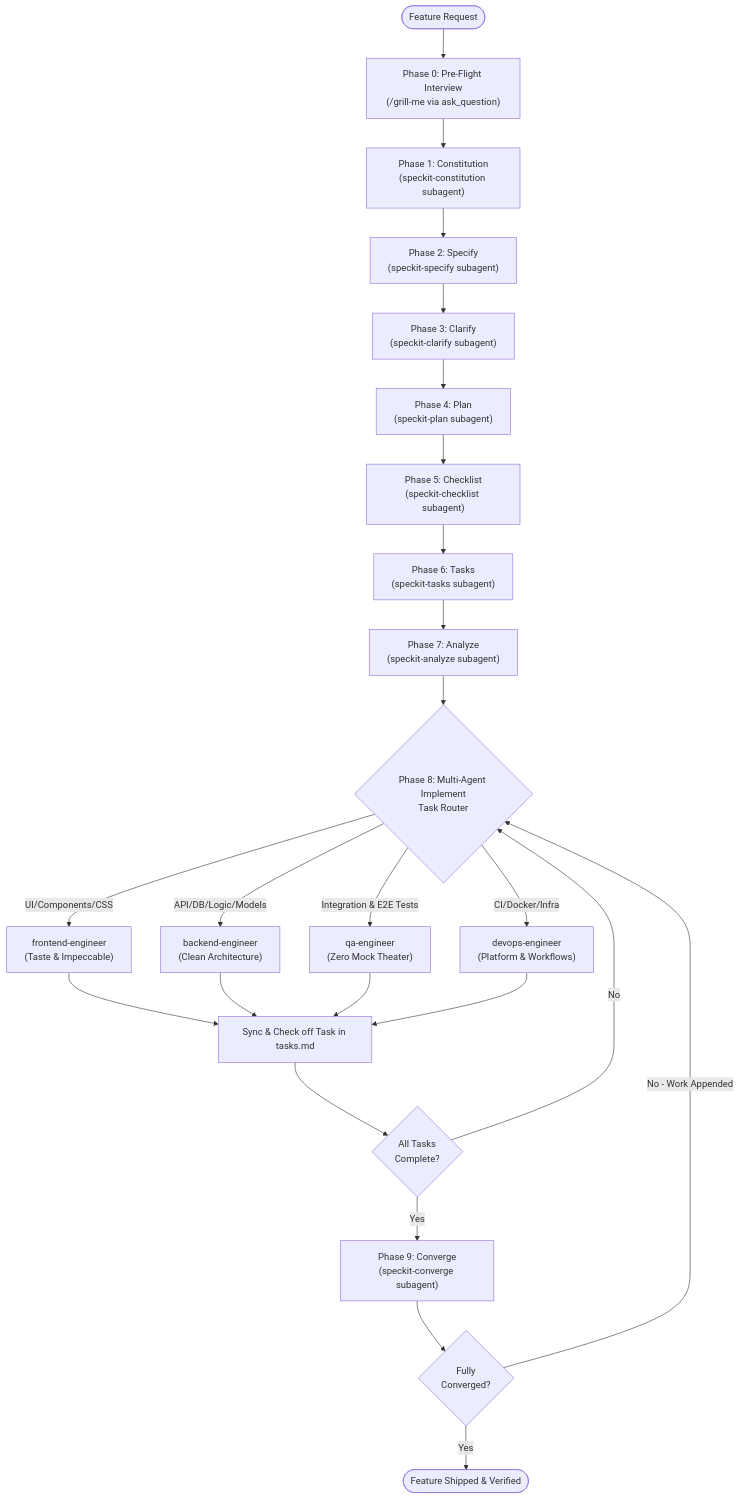
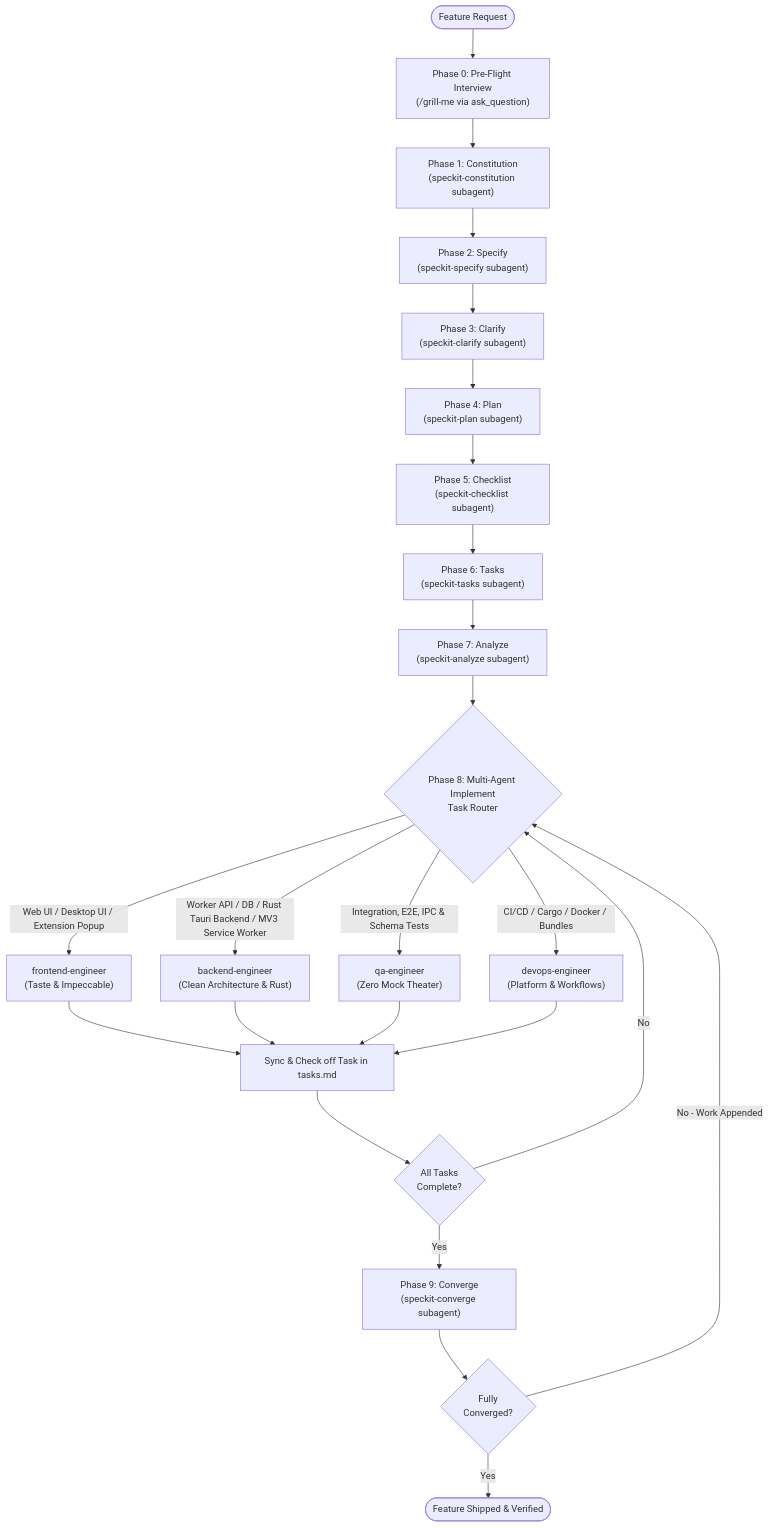
Before and after one commit to Velocta/fbuploadpro: the diagram in .agents/agents/spec-driver/agent.md, drawn with Mermaid. The commit also changed other lines of this file and 8 other files, not shown here.

Commit message:
feat(agents): update multi-agent routing, coding standards, and roles for desktop and extension shells

````diff
--- a/.agents/agents/spec-driver/agent.md
+++ b/.agents/agents/spec-driver/agent.md
@@ -38,29 +38,29 @@
 ```mermaid
 flowchart TD
     Req(["Feature Request"]) --> G["Phase 0: Pre-Flight Interview\n(/grill-me via ask_question)"]
     G --> C["Phase 1: Constitution\n(speckit-constitution subagent)"]
     C --> S["Phase 2: Specify\n(speckit-specify subagent)"]
     S --> CL["Phase 3: Clarify\n(speckit-clarify subagent)"]
     CL --> P["Phase 4: Plan\n(speckit-plan subagent)"]
     P --> CH["Phase 5: Checklist\n(speckit-checklist subagent)"]
     CH --> T["Phase 6: Tasks\n(speckit-tasks subagent)"]
     T --> A["Phase 7: Analyze\n(speckit-analyze subagent)"]
     A --> Dispatch{"Phase 8: Multi-Agent Implement\nTask Router"}
     
-    Dispatch -->|"UI/Components/CSS"| FE["frontend-engineer\n(Taste & Impeccable)"]
-    Dispatch -->|"API/DB/Logic/Models"| BE["backend-engineer\n(Clean Architecture)"]
-    Dispatch -->|"Integration & E2E Tests"| QA["qa-engineer\n(Zero Mock Theater)"]
-    Dispatch -->|"CI/Docker/Infra"| DO["devops-engineer\n(Platform & Workflows)"]
+    Dispatch -->|"Web UI / Desktop UI / Extension Popup"| FE["frontend-engineer\n(Taste & Impeccable)"]
+    Dispatch -->|"Worker API / DB / Rust Tauri Backend / MV3 Service Worker"| BE["backend-engineer\n(Clean Architecture & Rust)"]
+    Dispatch -->|"Integration, E2E, IPC & Schema Tests"| QA["qa-engineer\n(Zero Mock Theater)"]
+    Dispatch -->|"CI/CD / Cargo / Docker / Bundles"| DO["devops-engineer\n(Platform & Workflows)"]
     
     FE --> Sync["Sync & Check off Task in tasks.md"]
     BE --> Sync
     QA --> Sync
     DO --> Sync
     
     Sync --> DoneCheck{"All Tasks\nComplete?"}
     DoneCheck -->|No| Dispatch
     DoneCheck -->|Yes| CV["Phase 9: Converge\n(speckit-converge subagent)"]
     CV --> Converged{"Fully\nConverged?"}
     Converged -->|No - Work Appended| Dispatch
     Converged -->|Yes| Done(["Feature Shipped & Verified"])
 ```
````
